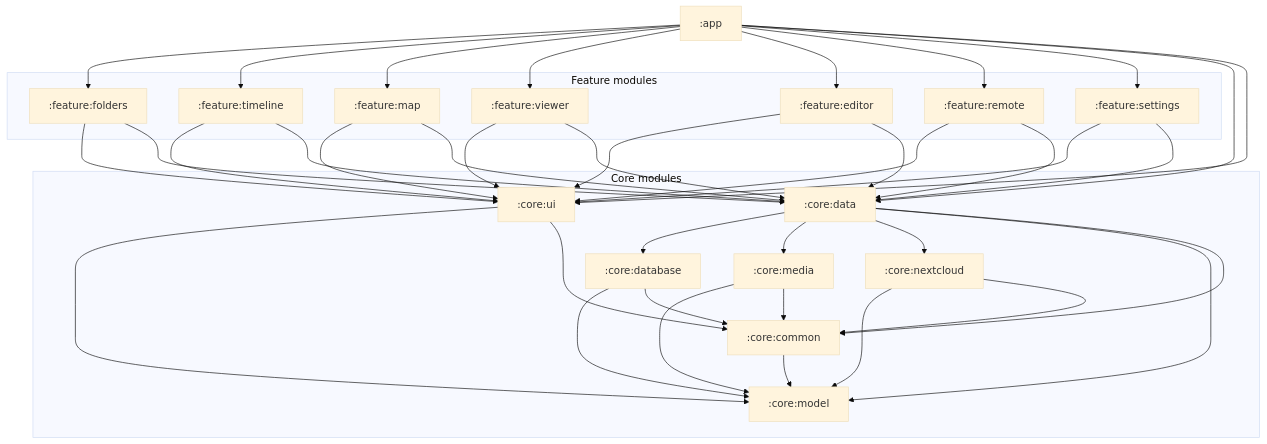
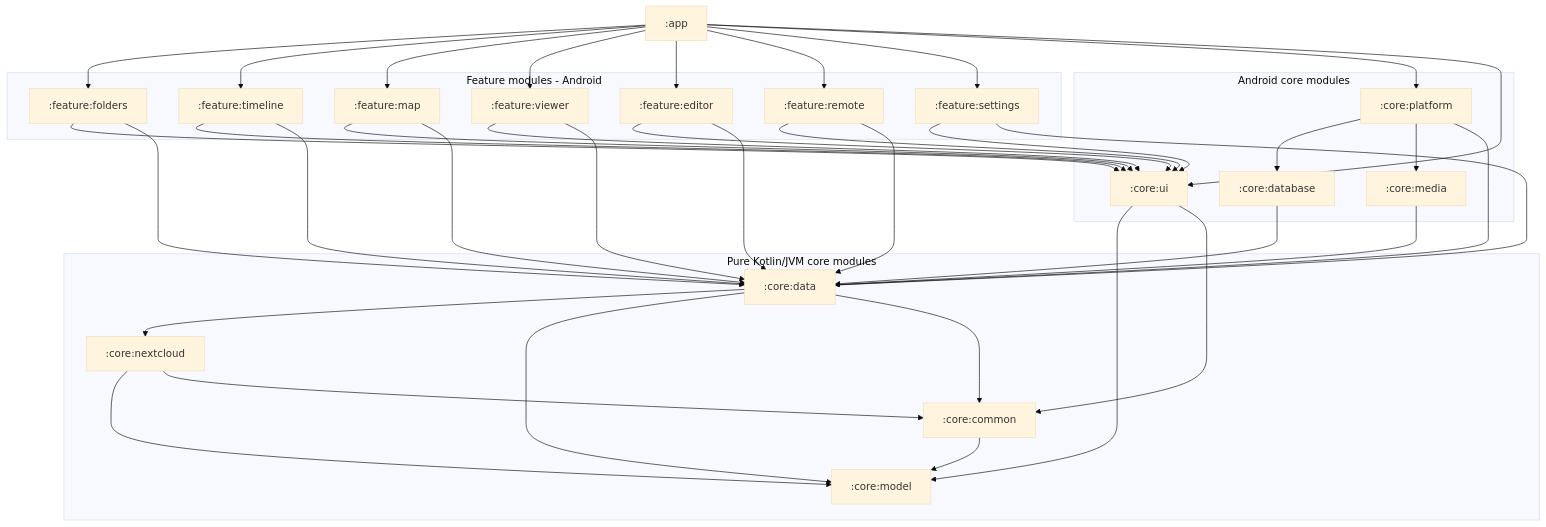
Before and after one commit to drehtuer/NextGalleryApp: the second of 12 diagrams in docs/ARCHITECTURE.md, drawn with Mermaid (base theme). The commit also changed other lines of this file and 3 other files, not shown here.

First line of the commit message:
Target Android 17 on Pixel 10a; Android-independent core

````diff
--- a/docs/ARCHITECTURE.md
+++ b/docs/ARCHITECTURE.md
@@ -102,64 +108,68 @@
 ```mermaid
 graph TD
     app[":app"]
 
-    subgraph features["Feature modules"]
+    subgraph features["Feature modules - Android"]
         folders[":feature:folders"]
         timeline[":feature:timeline"]
         map[":feature:map"]
         viewer[":feature:viewer"]
         editor[":feature:editor"]
         remote[":feature:remote"]
         settings[":feature:settings"]
     end
 
-    subgraph core["Core modules"]
+    subgraph adapters["Android core modules"]
         ui[":core:ui"]
-        data[":core:data"]
         database[":core:database"]
         media[":core:media"]
+        platform[":core:platform"]
+    end
+
+    subgraph jvm["Pure Kotlin/JVM core modules"]
+        data[":core:data"]
         nextcloud[":core:nextcloud"]
         common[":core:common"]
         model[":core:model"]
     end
 
     app --> folders
     app --> timeline
     app --> map
     app --> viewer
     app --> editor
     app --> remote
     app --> settings
-    app --> data
+    app --> platform
     app --> ui
 
     folders --> ui
     folders --> data
     timeline --> ui
     timeline --> data
     map --> ui
     map --> data
     viewer --> ui
     viewer --> data
     editor --> ui
     editor --> data
     remote --> ui
     remote --> data
     settings --> ui
     settings --> data
 
+    platform --> database
+    platform --> media
+    platform --> data
+    database --> data
+    media --> data
     ui --> model
     ui --> common
-    data --> database
-    data --> media
+
     data --> nextcloud
     data --> model
     data --> common
-    database --> model
-    database --> common
-    media --> model
-    media --> common
     nextcloud --> model
     nextcloud --> common
     common --> model
 ```
````
